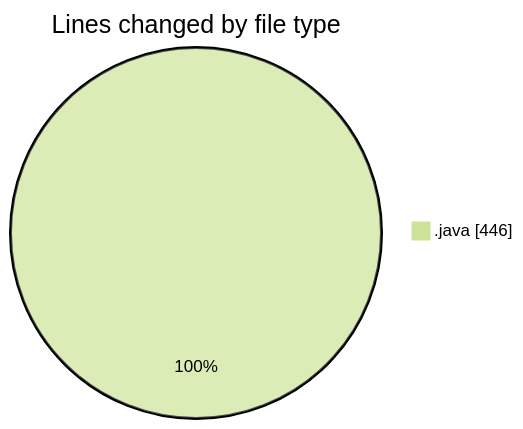
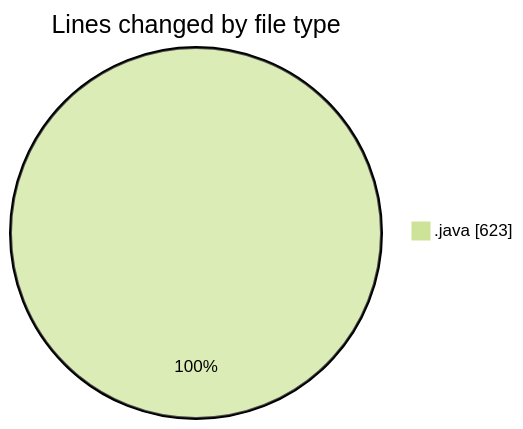
Before and after one commit to ricardozamudiocil/code-tracking: the first of 2 diagrams in 2026-04-08/cilapp/README.md, drawn with Mermaid (forest theme). The commit also changed other lines of this file and 1 other file, not shown here.

````diff
--- a/2026-04-08/cilapp/README.md
+++ b/2026-04-08/cilapp/README.md
@@ -25,5 +25,5 @@
 ```mermaid
 pie showData
 title Lines changed by file type
-".java" : 446
+".java" : 623
 ```
````
